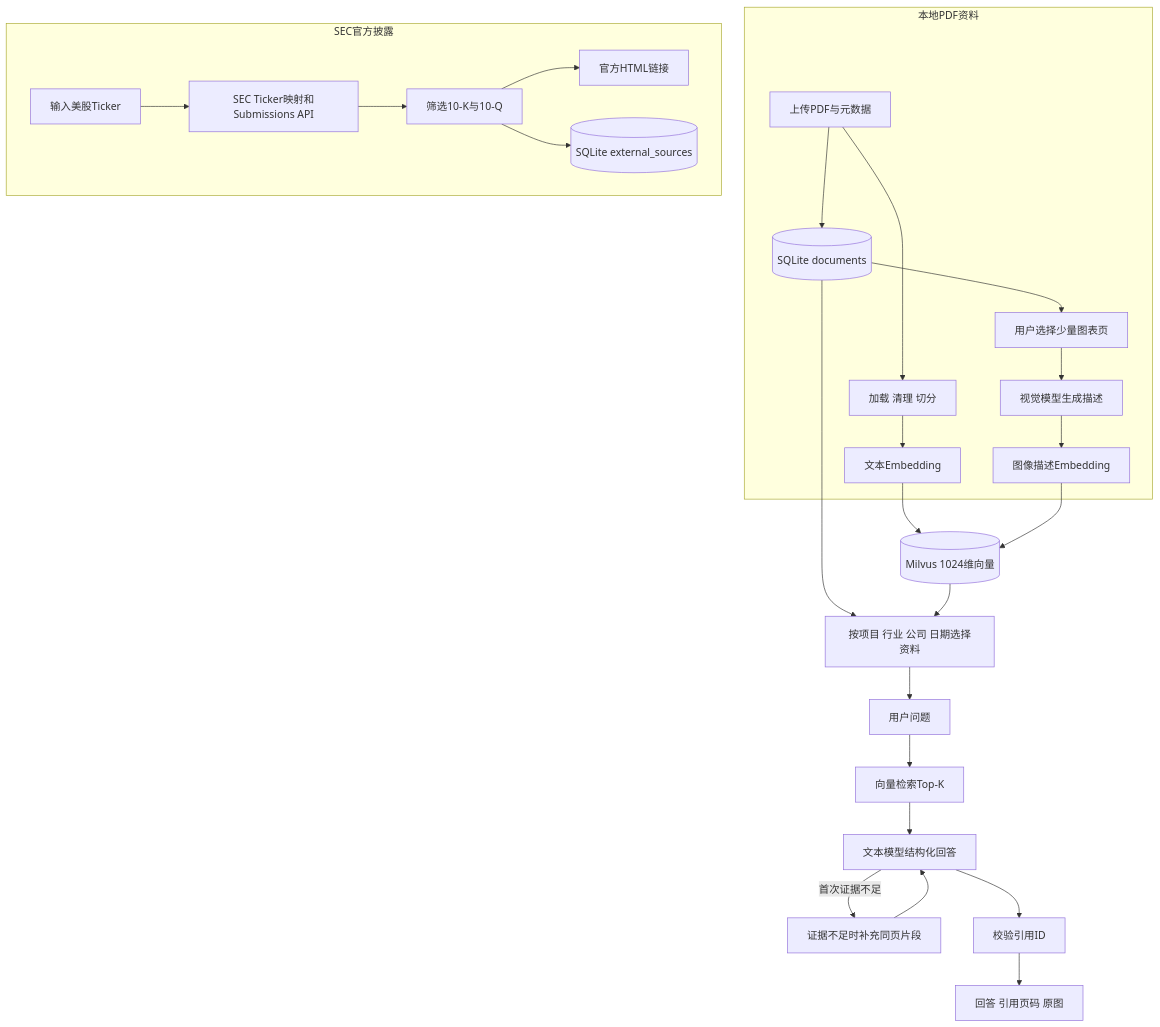
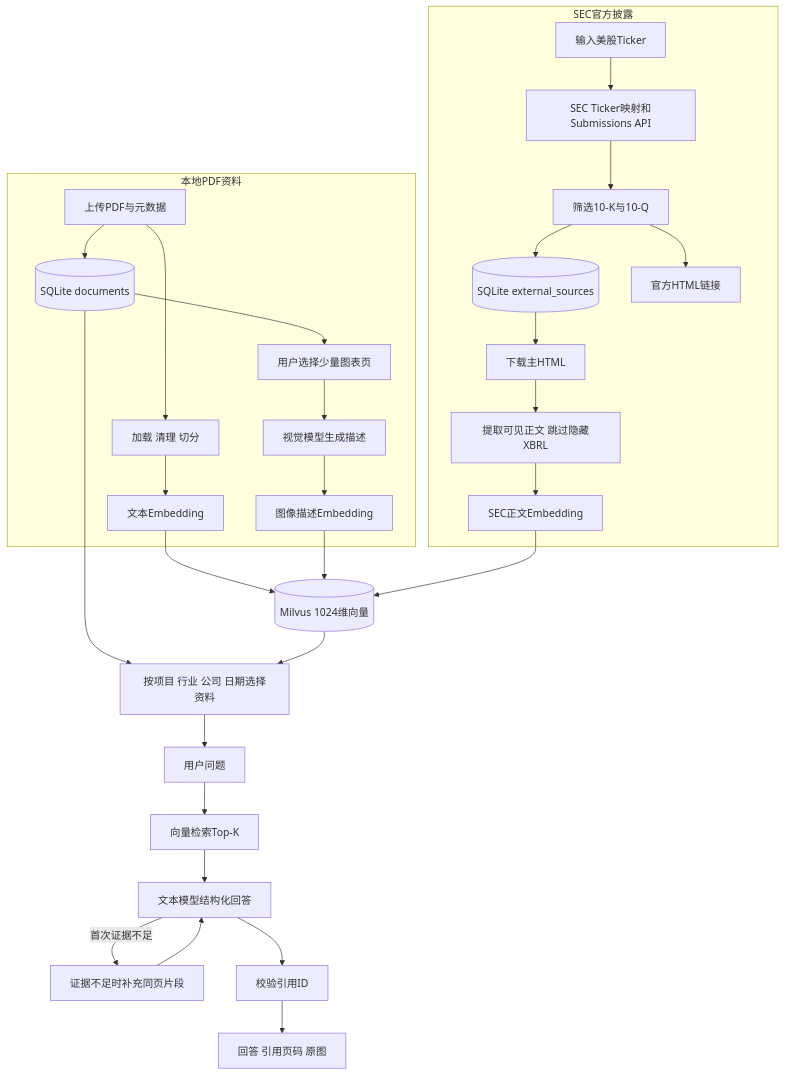
Before and after one commit to tykhed666-lab/ResearchKB: the first of 3 diagrams in docs/项目交接说明.md, drawn with Mermaid. The commit also changed other lines of this file and 16 other files, not shown here.

````diff
--- a/docs/项目交接说明.md
+++ b/docs/项目交接说明.md
@@ -26,39 +26,43 @@
 ```mermaid
 flowchart TD
     subgraph LOCAL[本地PDF资料]
         UPLOAD[上传PDF与元数据]
         SQLITE_DOC[(SQLite documents)]
         PARSE[加载 清理 切分]
         TEXT_EMBED[文本Embedding]
         CHART[用户选择少量图表页]
         VISION[视觉模型生成描述]
         IMAGE_EMBED[图像描述Embedding]
     end
 
     subgraph EXTERNAL[SEC官方披露]
         TICKER[输入美股Ticker]
         SEC_API[SEC Ticker映射和Submissions API]
         FILING[筛选10-K与10-Q]
         SQLITE_EXT[(SQLite external_sources)]
         URL[官方HTML链接]
+        DOWNLOAD[下载主HTML]
+        HTML_TEXT[提取可见正文 跳过隐藏XBRL]
+        SEC_EMBED[SEC正文Embedding]
     end
 
     MILVUS[(Milvus 1024维向量)]
     SCOPE[按项目 行业 公司 日期选择资料]
     QUESTION[用户问题]
     RETRIEVE[向量检索Top-K]
     EXPAND[证据不足时补充同页片段]
     LLM[文本模型结构化回答]
     VALIDATE[校验引用ID]
     ANSWER[回答 引用页码 原图]
 
     UPLOAD --> SQLITE_DOC
     UPLOAD --> PARSE --> TEXT_EMBED --> MILVUS
     SQLITE_DOC --> CHART --> VISION --> IMAGE_EMBED --> MILVUS
     TICKER --> SEC_API --> FILING --> URL
     FILING --> SQLITE_EXT
+    SQLITE_EXT --> DOWNLOAD --> HTML_TEXT --> SEC_EMBED --> MILVUS
     SQLITE_DOC --> SCOPE
     MILVUS --> SCOPE
     SCOPE --> QUESTION --> RETRIEVE --> LLM --> VALIDATE --> ANSWER
     LLM -->|首次证据不足| EXPAND --> LLM
 ```
````
